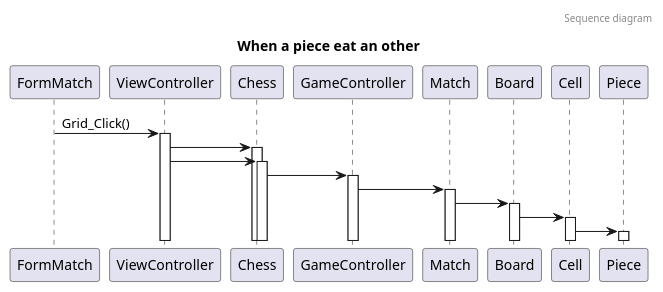
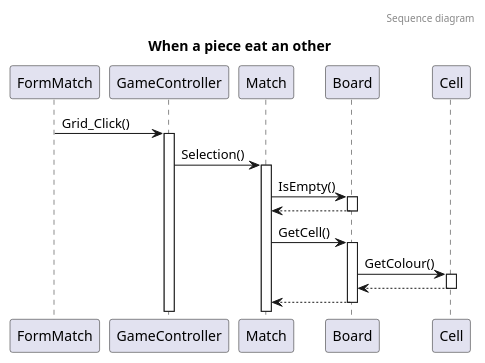
Before and after one commit to darkhappy/chess: the diagram in Diagrams/Sequence.puml, drawn with PlantUML.

Commit message:
Working on the sequence

```diff
--- a/Diagrams/Sequence.puml
+++ b/Diagrams/Sequence.puml
@@ -1,23 +1,21 @@
 @startuml sequence
 
 header Sequence diagram
 
 title When a piece eat an other
 
 
-FormMatch -> ViewController ++ : Grid_Click()
+FormMatch -> GameController ++ : Grid_Click()
 
-ViewController -> Chess ++: 
-ViewController -> Chess ++: 
+GameController -> Match ++: Selection()
 
-Chess -> GameController ++:
+Match -> Board ++: IsEmpty()
+Match <-- Board --: 
+Match -> Board ++: GetCell()
 
-GameController -> Match ++:
+Board -> Cell ++: GetColour()
+Board <-- Cell --:
 
-Match -> Board ++:
-
-Board -> Cell ++:
-
-Cell -> Piece ++:
+Match <-- Board --:
 
 @enduml
```
